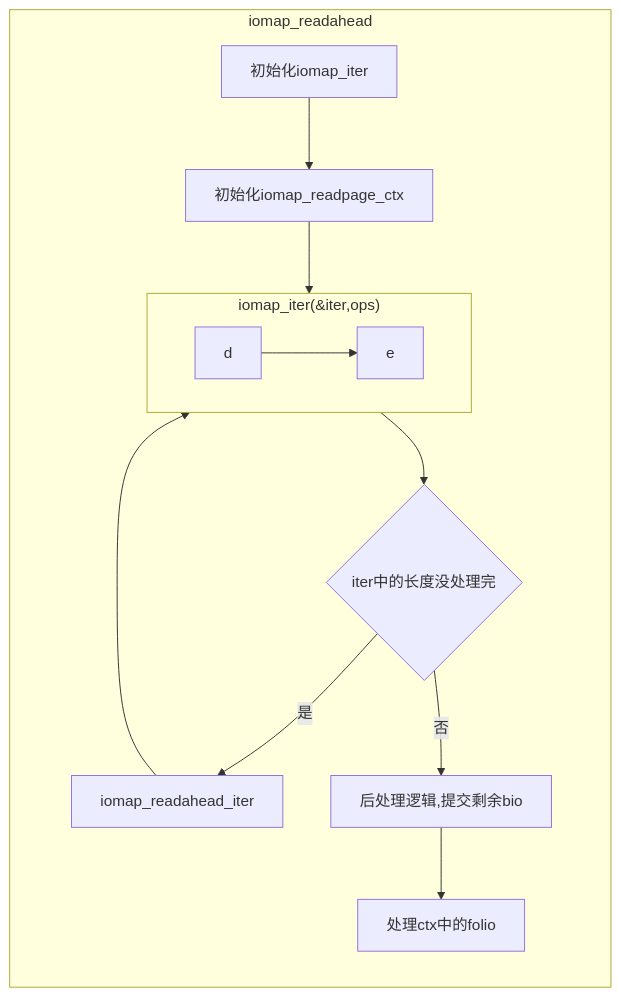
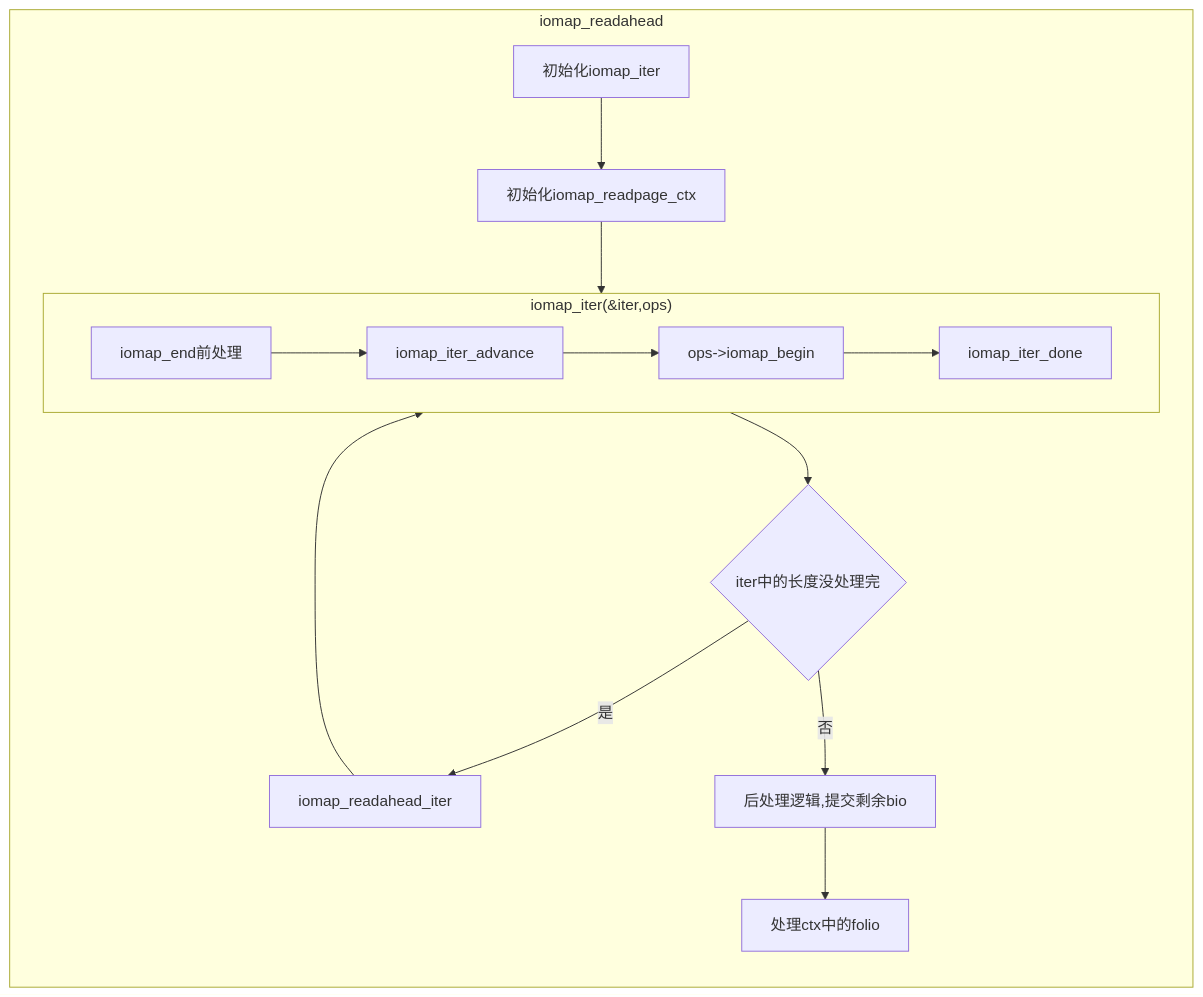
The diagram in 6.13.1内核文档注释/fs/iomap/buffered_io.c/README.md (sigmanature/learn_os_note), drawn with Mermaid before and after one commit.

````diff
--- a/6.13.1内核文档注释/fs/iomap/buffered_io.c/README.md
+++ b/6.13.1内核文档注释/fs/iomap/buffered_io.c/README.md
@@ -2,13 +2,13 @@
 ```mermaid
 graph LR
     subgraph b["iomap_iter(&iter,ops)"]
-        d-->e
+        G[iomap_end前处理]-->H[iomap_iter_advance]-->I["ops->iomap_begin"]-->J[iomap_iter_done]
     end
     subgraph a[iomap_readahead]
-    A[初始化iomap_iter]-->B[初始化iomap_readpage_ctx]-->b-->C{"iter中的长度没处理完"}
-    C--是-->D[iomap_readahead_iter]-->b
-    C--否-->E[后处理逻辑,提交剩余bio]-->F[处理ctx中的folio]
+        A[初始化iomap_iter]-->B[初始化iomap_readpage_ctx]-->b-->C{"iter中的长度没处理完"}
+        C--是-->D[iomap_readahead_iter]-->b
+        C--否-->E[后处理逻辑,提交剩余bio]-->F[处理ctx中的folio]
     end
     
 click A "https://github.com/sigmanature/learn_os_note/blob/main/6.13.1%E5%86%85%E6%A0%B8%E6%96%87%E6%A1%A3%E6%B3%A8%E9%87%8A/include/linux/iomap.h/struct_iomap_iter.md"
 ```
````
